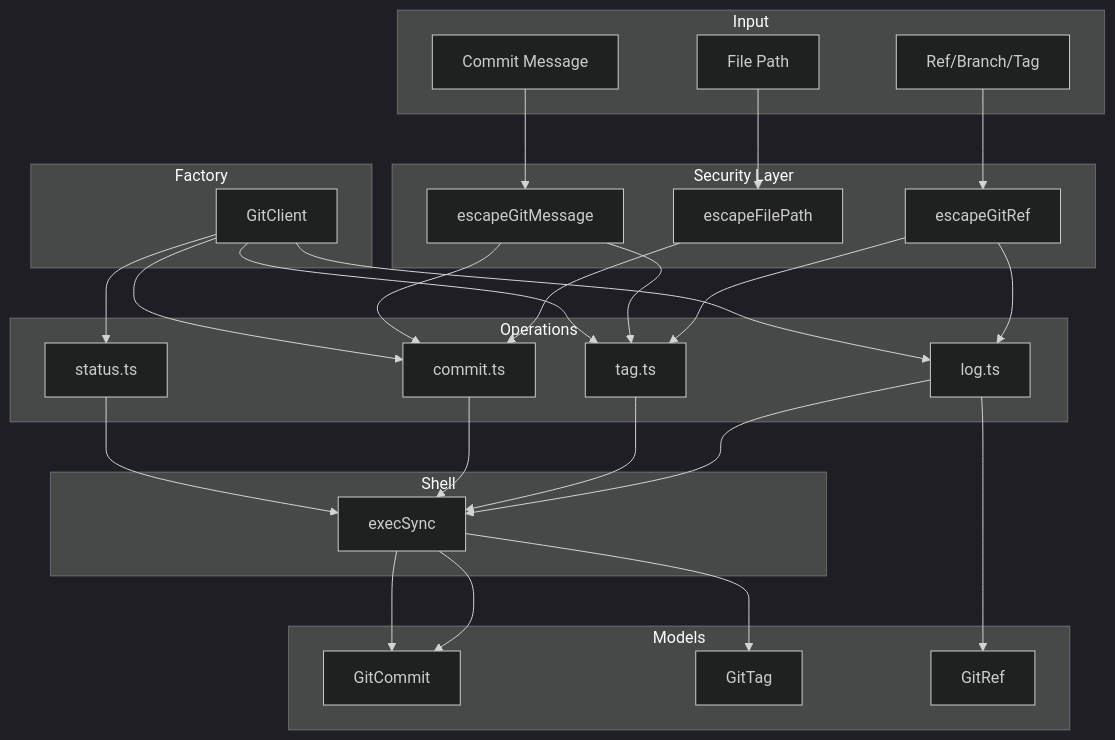
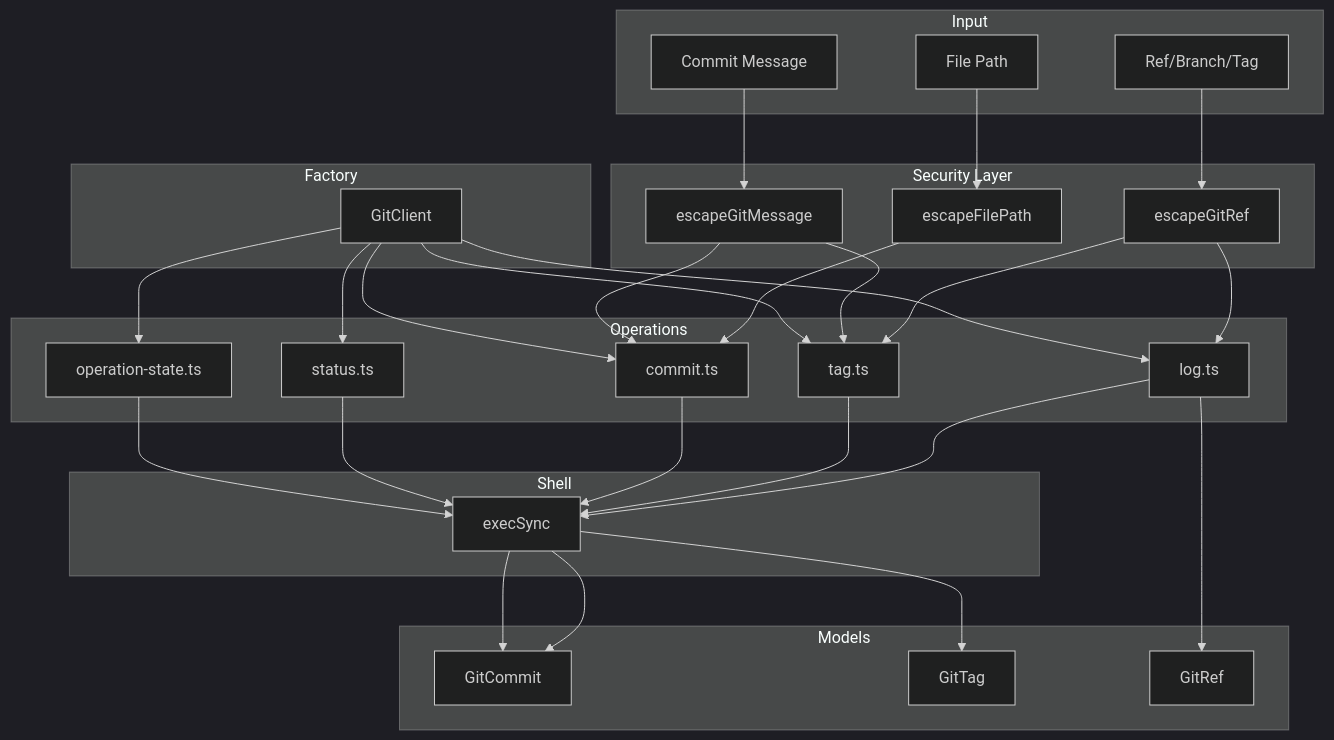
Before and after one commit to AndrewRedican/hyperfrontend: the diagram in libs/versioning/src/git/README.md, drawn with Mermaid (dark theme). The commit also changed other lines of this file and 6 other files, not shown here.

````diff
--- a/libs/versioning/src/git/README.md
+++ b/libs/versioning/src/git/README.md
@@ -9,48 +9,50 @@
 ```mermaid
 flowchart TB
     subgraph Input
         REF[Ref/Branch/Tag]
         PATH[File Path]
         MSG[Commit Message]
     end
 
     subgraph Security["Security Layer"]
         ESC1[escapeGitRef]
         ESC2[escapeFilePath]
         ESC3[escapeGitMessage]
     end
 
     subgraph Factory
         CLIENT[GitClient]
     end
 
     subgraph Operations
         LOG[log.ts]
         TAG[tag.ts]
         CMT[commit.ts]
         STS[status.ts]
+        OPS[operation-state.ts]
     end
 
     subgraph Models
         GC[GitCommit]
         GT[GitTag]
         GR[GitRef]
     end
 
     subgraph Shell
         EXEC[execSync]
     end
 
     REF --> ESC1
     PATH --> ESC2
     MSG --> ESC3
     ESC1 --> LOG & TAG
     ESC2 --> CMT
     ESC3 --> CMT & TAG
     LOG --> EXEC --> GC
     TAG --> EXEC --> GT
     CMT --> EXEC --> GC
     STS --> EXEC
-    CLIENT --> LOG & TAG & CMT & STS
+    OPS --> EXEC
+    CLIENT --> LOG & TAG & CMT & STS & OPS
     LOG --> GR
 ```
````
